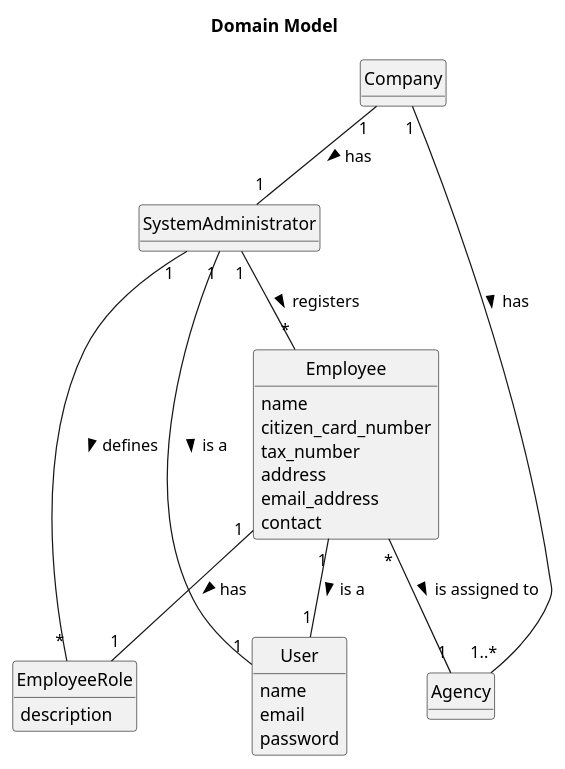
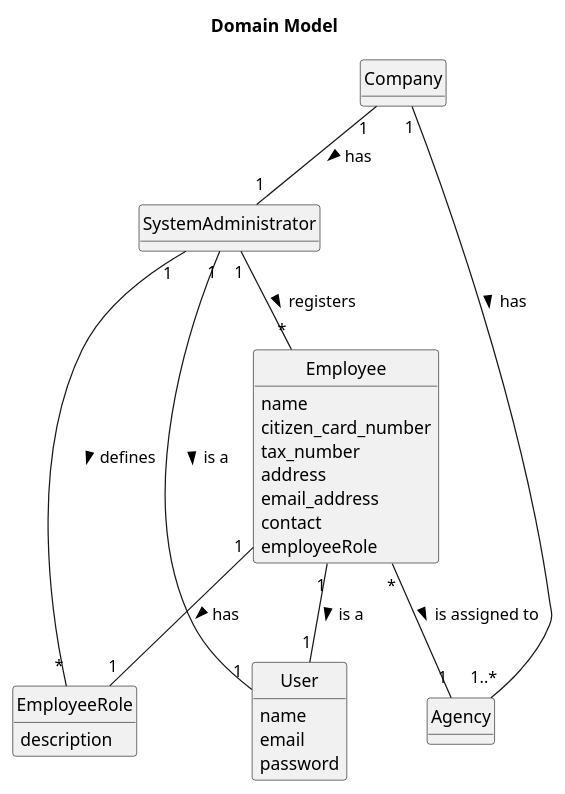
One commit to Rodrick0209/ISEP-LAPR2-22-23 changed the diagram in docs/sprintA/US003/02.analysis/puml/us003-domain-model.puml. Above: the diagram before and after it, drawn with PlantUML.

Commit message:
[US03] - small change on md

```diff
--- a/docs/sprintA/US003/02.analysis/puml/us003-domain-model.puml
+++ b/docs/sprintA/US003/02.analysis/puml/us003-domain-model.puml
@@ -1,49 +1,50 @@
 @startuml
 skinparam monochrome true
 skinparam packageStyle rectangle
 skinparam shadowing false
 
 skinparam classAttributeIconSize 0
 
 hide circle
 hide methods
 
 title Domain Model
 
 class Employee{
 name
 citizen_card_number
 tax_number
 address
 email_address
 contact
+employeeRole
 }
 
 class SystemAdministrator{
 }
 
 class EmployeeRole{
 description
 }
 
 class Company{
 }
 
 class Agency{
 }
 
 class User{
 name
 email
 password
 }
 
 SystemAdministrator "1" -- "*" Employee : registers >
 Employee "*" -- "1" Agency : is assigned to >
 Company "1" -- "1" SystemAdministrator : has >
 Employee "1" -- "1" EmployeeRole :  has >
 SystemAdministrator "1" -- "*" EmployeeRole : defines >
 SystemAdministrator "1" -- "1" User : is a >
 Employee "1" -- "1" User : is a >
 Company "1" -- "1..*" Agency : has >
 @enduml
```
